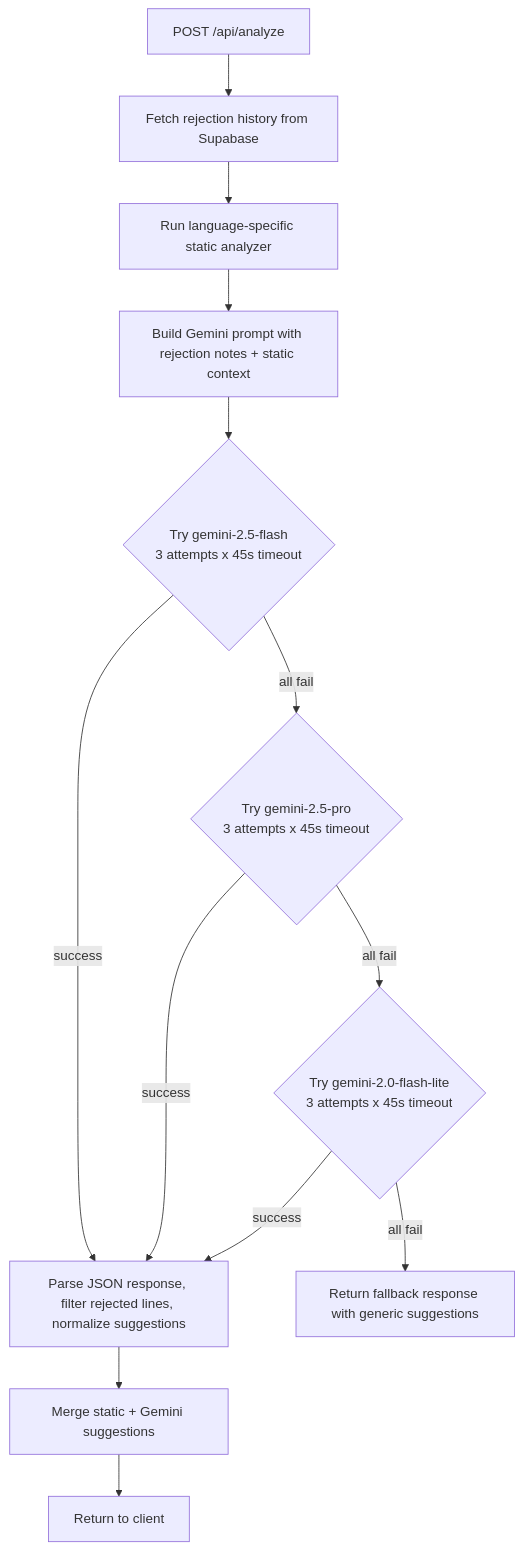
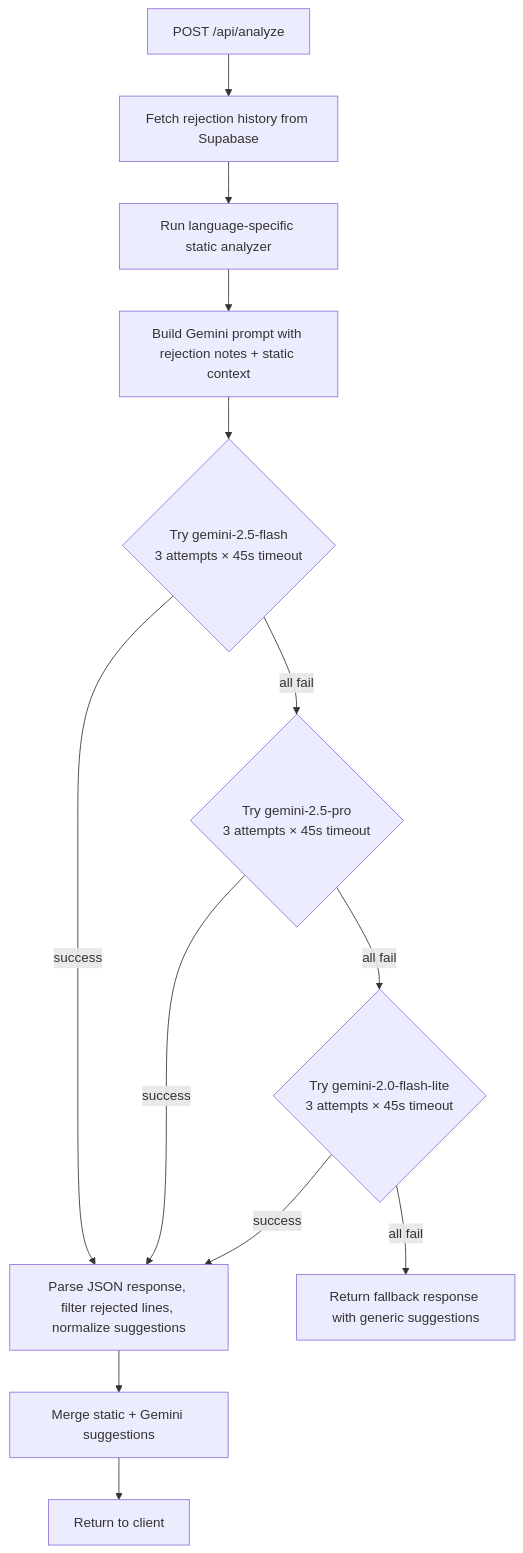
Before and after one commit to Dakshh-Agarwal/DevGuard-AI: the fourth of 4 diagrams in docs/ARCHITECTURE.md, drawn with Mermaid. The commit also changed other lines of this file and 15 other files, not shown here.

````diff
--- a/docs/ARCHITECTURE.md
+++ b/docs/ARCHITECTURE.md
@@ -82,16 +96,16 @@
 ```mermaid
 flowchart TD
     A["POST /api/analyze"] --> B["Fetch rejection history from Supabase"]
     B --> C["Run language-specific static analyzer"]
     C --> D["Build Gemini prompt with rejection notes + static context"]
-    D --> E{"Try gemini-2.5-flash\n3 attempts x 45s timeout"}
+    D --> E{"Try gemini-2.5-flash\n3 attempts × 45s timeout"}
     E -->|success| H
-    E -->|all fail| F{"Try gemini-2.5-pro\n3 attempts x 45s timeout"}
+    E -->|all fail| F{"Try gemini-2.5-pro\n3 attempts × 45s timeout"}
     F -->|success| H
-    F -->|all fail| G{"Try gemini-2.0-flash-lite\n3 attempts x 45s timeout"}
+    F -->|all fail| G{"Try gemini-2.0-flash-lite\n3 attempts × 45s timeout"}
     G -->|success| H
     G -->|all fail| I["Return fallback response with generic suggestions"]
     H["Parse JSON response, filter rejected lines, normalize suggestions"]
     H --> J["Merge static + Gemini suggestions"]
     J --> K["Return to client"]
 ```
````
